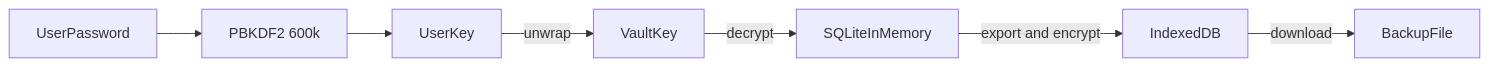
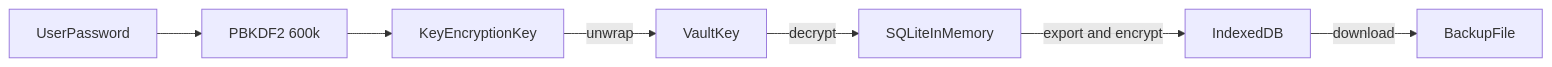
The diagram in README.md (kool277/iqtisod), drawn with Mermaid before and after one commit. The commit also changed other lines of this file and 6 other files, not shown here.

Commit message:
docs: 1.2.0 changelog, private safes guides, schema 3 and safes crypto format

````diff
--- a/README.md
+++ b/README.md
@@ -38,9 +40,9 @@
 ```mermaid
 flowchart LR
   password[UserPassword] --> kdf["PBKDF2 600k"]
-  kdf --> kek[UserKey]
+  kdf --> kek[KeyEncryptionKey]
   kek -->|unwrap| dek[VaultKey]
   dek -->|decrypt| db[SQLiteInMemory]
   db -->|export and encrypt| idb[IndexedDB]
   idb -->|download| backup[BackupFile]
 ```
````
